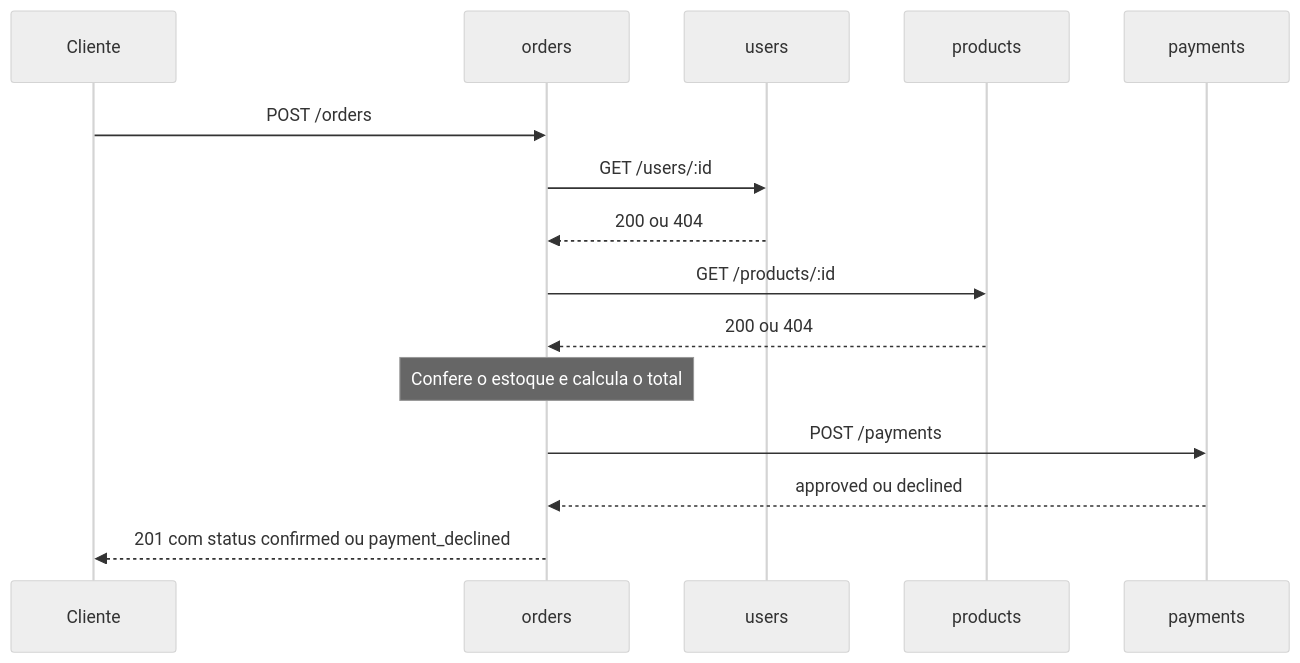
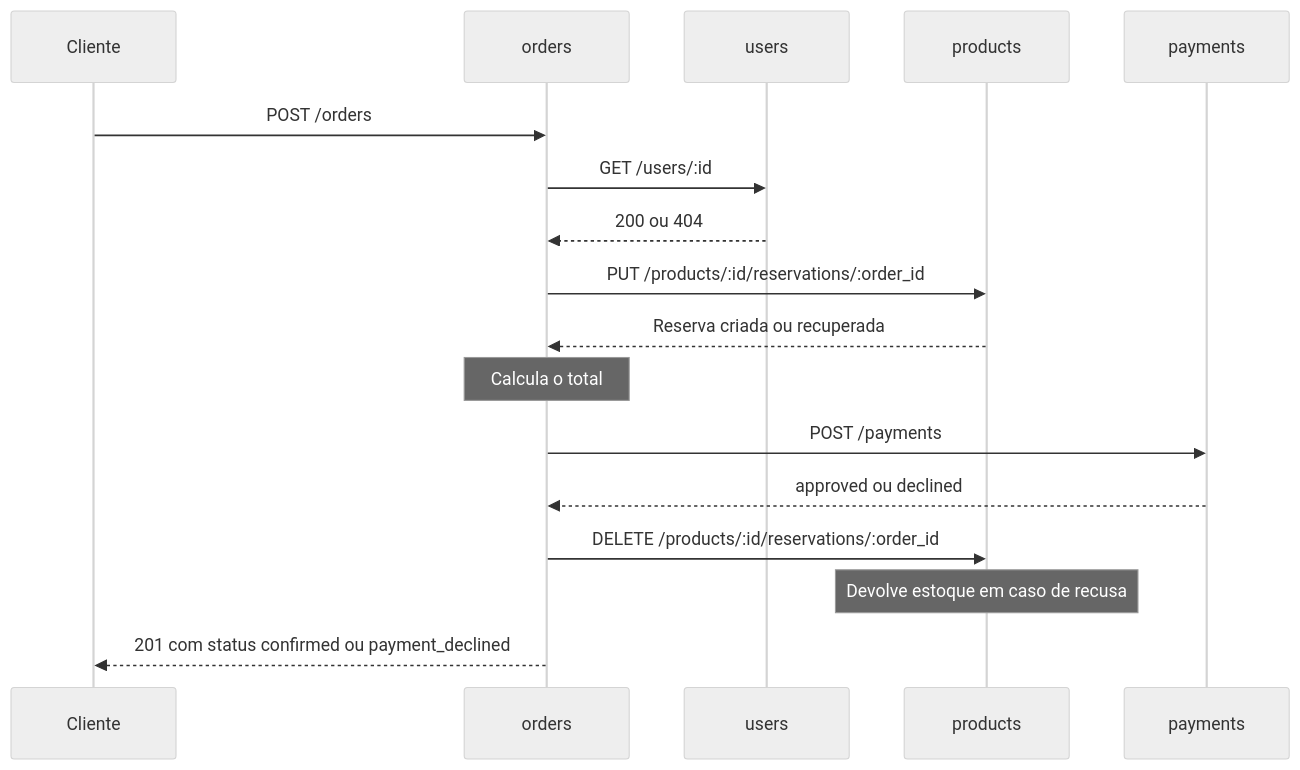
One commit to vxtxbryan/lab-ecommerce-microsservicos changed the third of 4 diagrams in README.md. Above: the diagram before and after it, drawn with Mermaid (neutral theme). The commit also changed other lines of this file and 13 other files, not shown here.

````diff
--- a/README.md
+++ b/README.md
@@ -116,18 +116,20 @@
 ```mermaid
 sequenceDiagram
     participant C as Cliente
     participant O as orders
     participant U as users
     participant P as products
     participant PG as payments
 
     C->>O: POST /orders
     O->>U: GET /users/:id
     U-->>O: 200 ou 404
-    O->>P: GET /products/:id
-    P-->>O: 200 ou 404
-    Note over O: Confere o estoque e calcula o total
+    O->>P: PUT /products/:id/reservations/:order_id
+    P-->>O: Reserva criada ou recuperada
+    Note over O: Calcula o total
     O->>PG: POST /payments
     PG-->>O: approved ou declined
+    O->>P: DELETE /products/:id/reservations/:order_id
+    Note over P: Devolve estoque em caso de recusa
     O-->>C: 201 com status confirmed ou payment_declined
 ```
````
